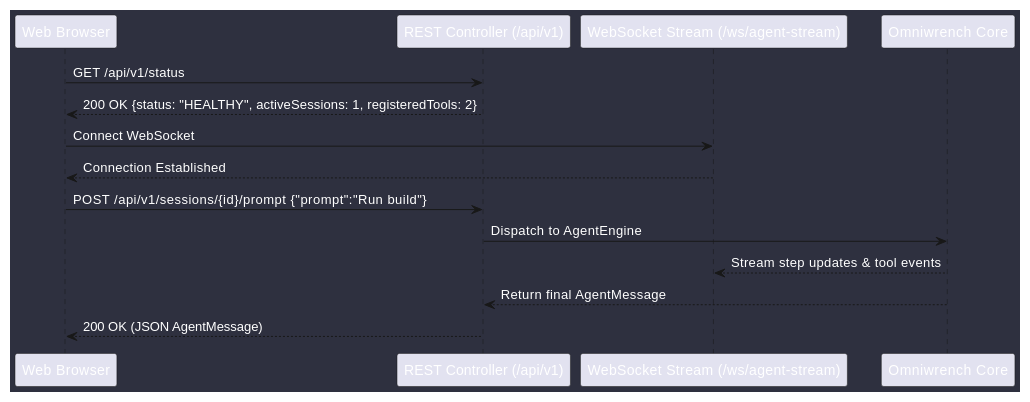
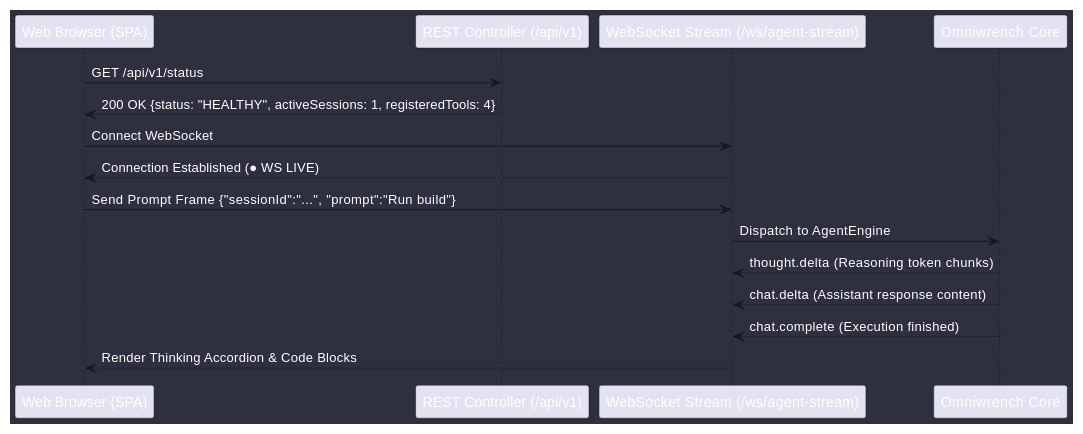
The diagram in doc/docs/user_guide/web_guide.md (mlecabellec/omniwrench), drawn with PlantUML before and after one commit. The commit also changed other lines of this file and 35 other files, not shown here.

````diff
--- a/doc/docs/user_guide/web_guide.md
+++ b/doc/docs/user_guide/web_guide.md
@@ -5,23 +7,24 @@
 ```plantuml
 @startuml
 skinparam backgroundColor #2e303f
 skinparam defaultFontColor #ffffff
 
-participant "Web Browser" as B
+participant "Web Browser (SPA)" as B
 participant "REST Controller (/api/v1)" as R
 participant "WebSocket Stream (/ws/agent-stream)" as WS
 participant "Omniwrench Core" as C
 
 B -> R : GET /api/v1/status
-R --> B : 200 OK {status: "HEALTHY", activeSessions: 1, registeredTools: 2}
+R --> B : 200 OK {status: "HEALTHY", activeSessions: 1, registeredTools: 4}
 
 B -> WS : Connect WebSocket
-WS --> B : Connection Established
+WS --> B : Connection Established (● WS LIVE)
 
-B -> R : POST /api/v1/sessions/{id}/prompt {"prompt":"Run build"}
-R -> C : Dispatch to AgentEngine
-C --> WS : Stream step updates & tool events
-C --> R : Return final AgentMessage
-R --> B : 200 OK (JSON AgentMessage)
+B -> WS : Send Prompt Frame {"sessionId":"...", "prompt":"Run build"}
+WS -> C : Dispatch to AgentEngine
+C --> WS : thought.delta (Reasoning token chunks)
+C --> WS : chat.delta (Assistant response content)
+C --> WS : chat.complete (Execution finished)
+WS --> B : Render Thinking Accordion & Code Blocks
 @enduml
 ```
````
